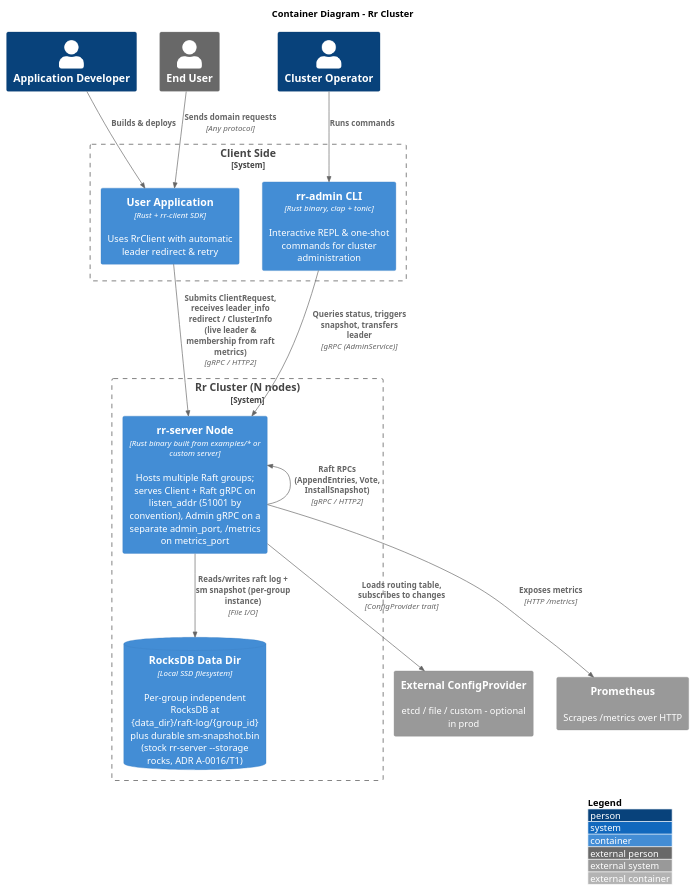
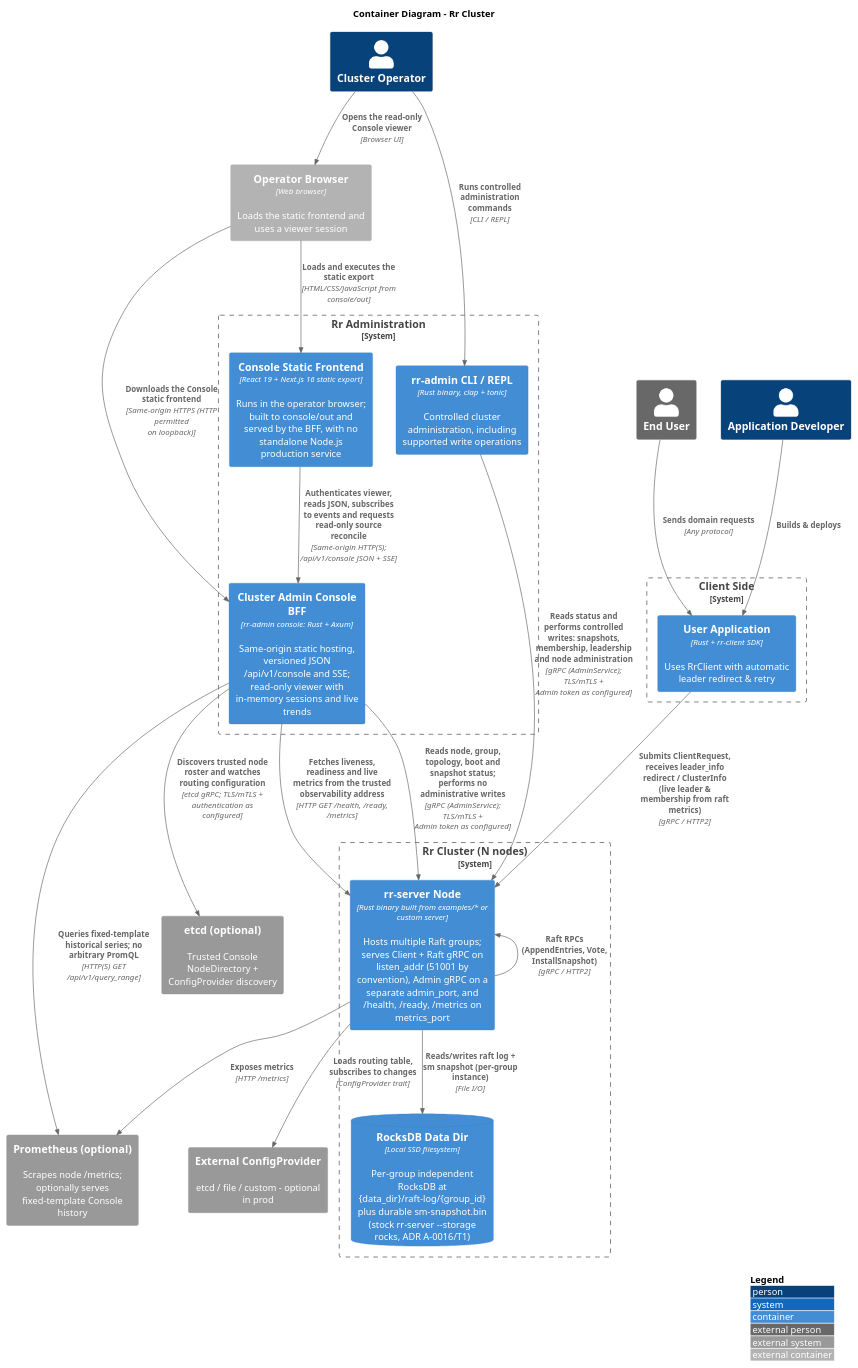
One commit to gardenias/rr changed the diagram in docs/docs/architecture/c4/containers.md. Above: the diagram before and after it, drawn with PlantUML. The commit also changed other lines of this file and 37 other files, not shown here.

Commit message:
docs: document cluster admin console architecture

````diff
--- a/docs/docs/architecture/c4/containers.md
+++ b/docs/docs/architecture/c4/containers.md
@@ -14,38 +14,54 @@
 ```plantuml
 @startuml
 !include <C4/C4_Container.puml>
 
 title Container Diagram - Rr Cluster
 
 Person(developer, "Application Developer")
 Person(operator, "Cluster Operator")
 Person_Ext(end_user, "End User")
 
 System_Boundary(client_side, "Client Side") {
   Container(user_app, "User Application", "Rust + rr-client SDK", "Uses RrClient with automatic leader redirect & retry")
-  Container(admin_cli, "rr-admin CLI", "Rust binary, clap + tonic", "Interactive REPL & one-shot commands for cluster administration")
 }
 
+System_Boundary(admin_tools, "Rr Administration") {
+  Container(admin_cli, "rr-admin CLI / REPL", "Rust binary, clap + tonic", "Controlled cluster administration, including supported write operations")
+  Container(console_bff, "Cluster Admin Console BFF", "rr-admin console: Rust + Axum", "Same-origin static hosting, versioned JSON /api/v1/console and SSE; read-only viewer with in-memory sessions and live trends")
+  Container(console_ui, "Console Static Frontend", "React 19 + Next.js 16 static export", "Runs in the operator browser; built to console/out and served by the BFF, with no standalone Node.js production service")
+}
+
+Container_Ext(browser, "Operator Browser", "Web browser", "Loads the static frontend and uses a viewer session")
+
 System_Boundary(cluster, "Rr Cluster (N nodes)") {
-  Container(rr_node, "rr-server Node", "Rust binary built from examples/* or custom server", "Hosts multiple Raft groups; serves Client + Raft gRPC on listen_addr (51001 by convention), Admin gRPC on a separate admin_port, /metrics on metrics_port")
+  Container(rr_node, "rr-server Node", "Rust binary built from examples/* or custom server", "Hosts multiple Raft groups; serves Client + Raft gRPC on listen_addr (51001 by convention), Admin gRPC on a separate admin_port, and /health, /ready, /metrics on metrics_port")
   ContainerDb(rocks, "RocksDB Data Dir", "Local SSD filesystem", "Per-group independent RocksDB at {data_dir}/raft-log/{group_id} plus durable sm-snapshot.bin (stock rr-server --storage rocks, ADR A-0016/T1)")
 }
 
-System_Ext(prometheus, "Prometheus", "Scrapes /metrics over HTTP")
+System_Ext(prometheus, "Prometheus (optional)", "Scrapes node /metrics; optionally serves fixed-template Console history")
 System_Ext(config_store, "External ConfigProvider", "etcd / file / custom - optional in prod")
+System_Ext(etcd, "etcd (optional)", "Trusted Console NodeDirectory + ConfigProvider discovery")
 
 Rel(end_user, user_app, "Sends domain requests", "Any protocol")
 Rel(user_app, rr_node, "Submits ClientRequest, receives leader_info redirect / ClusterInfo (live leader & membership from raft metrics)", "gRPC / HTTP2")
-Rel(admin_cli, rr_node, "Queries status, triggers snapshot, transfers leader", "gRPC (AdminService)")
+Rel(admin_cli, rr_node, "Reads status and performs controlled writes: snapshots, membership, leadership and node administration", "gRPC (AdminService); TLS/mTLS + Admin token as configured")
+Rel(console_bff, rr_node, "Reads node, group, topology, boot and snapshot status; performs no administrative writes", "gRPC (AdminService); TLS/mTLS + Admin token as configured")
+Rel(console_bff, rr_node, "Fetches liveness, readiness and live metrics from the trusted observability address", "HTTP GET /health, /ready, /metrics")
 
 Rel_U(rr_node, rr_node, "Raft RPCs (AppendEntries, Vote, InstallSnapshot)", "gRPC / HTTP2")
 Rel(rr_node, rocks, "Reads/writes raft log + sm snapshot (per-group instance)", "File I/O")
 Rel(rr_node, config_store, "Loads routing table, subscribes to changes", "ConfigProvider trait")
 Rel(rr_node, prometheus, "Exposes metrics", "HTTP /metrics")
+Rel(console_bff, etcd, "Discovers trusted node roster and watches routing configuration", "etcd gRPC; TLS/mTLS + authentication as configured")
+Rel(console_bff, prometheus, "Queries fixed-template historical series; no arbitrary PromQL", "HTTP(S) GET /api/v1/query_range")
+Rel(browser, console_bff, "Downloads the Console static frontend", "Same-origin HTTPS (HTTP permitted on loopback)")
+Rel(browser, console_ui, "Loads and executes the static export", "HTML/CSS/JavaScript from console/out")
+Rel(console_ui, console_bff, "Authenticates viewer, reads JSON, subscribes to events and requests read-only source reconcile", "Same-origin HTTP(S); /api/v1/console JSON + SSE")
 
 Rel(developer, user_app, "Builds & deploys")
-Rel(operator, admin_cli, "Runs commands")
+Rel(operator, admin_cli, "Runs controlled administration commands", "CLI / REPL")
+Rel(operator, browser, "Opens the read-only Console viewer", "Browser UI")
 
 LAYOUT_WITH_LEGEND()
 @enduml
 ```
````
